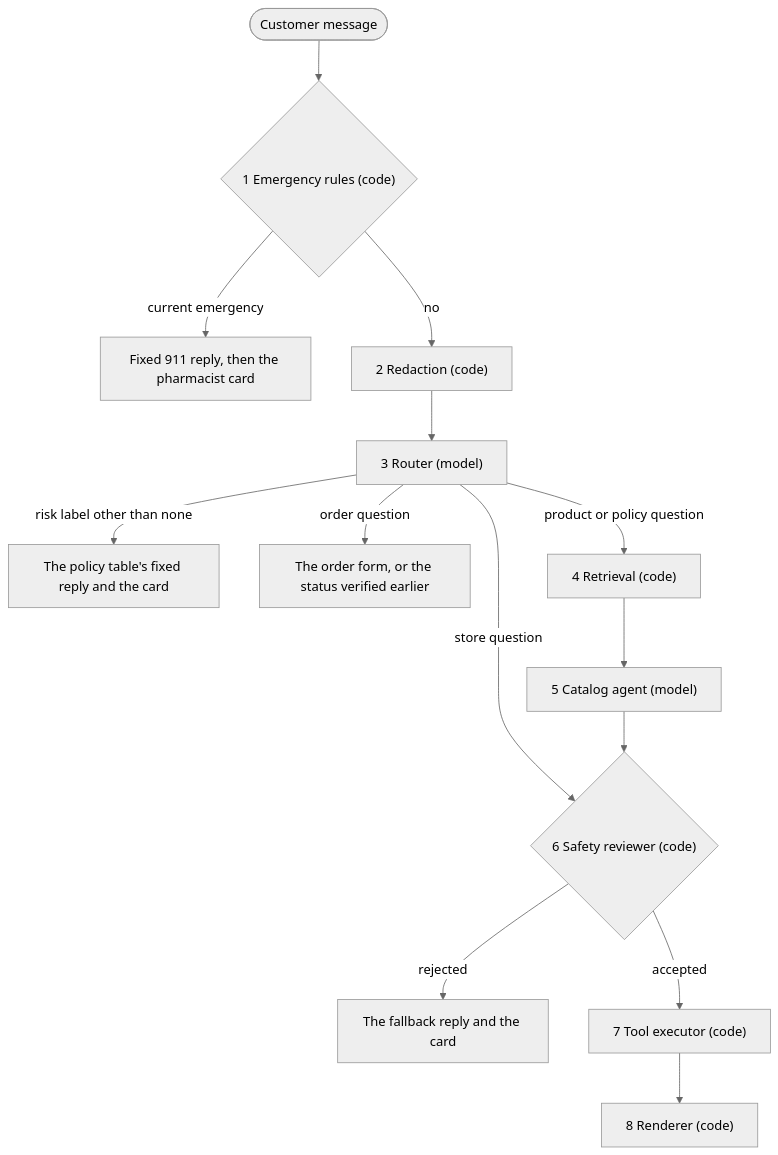
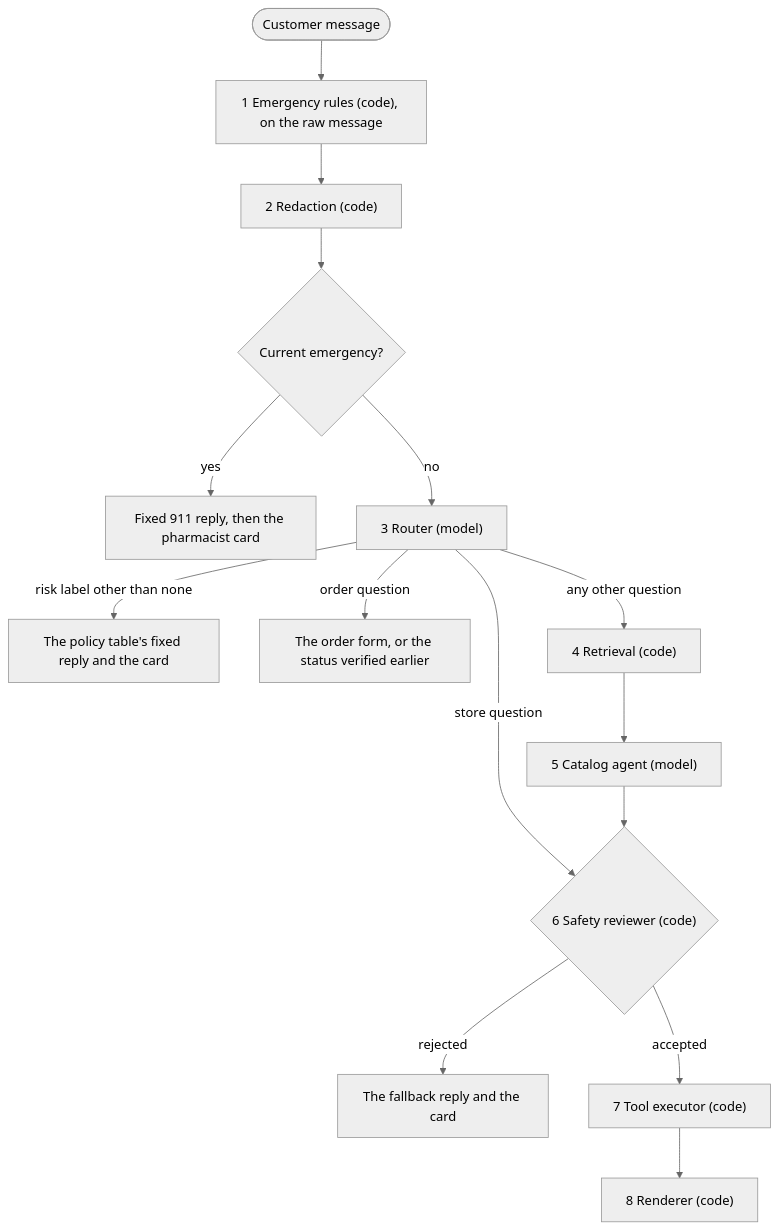
Before and after one commit to azharyy/meridianPharmacyassistant: the diagram in README.md, drawn with Mermaid (neutral theme). The commit also changed other lines of this file and 2 other files, not shown here.

First line of the commit message:
README matches the code, and the demo-video script stays local (issue 37) (#23)

````diff
--- a/README.md
+++ b/README.md
@@ -115,16 +136,17 @@
 ```mermaid
 flowchart TD
-    message([Customer message]) --> emergency{"1 Emergency rules (code)"}
-    emergency -- current emergency --> e911["Fixed 911 reply, then the pharmacist card"]
-    emergency -- no --> redact["2 Redaction (code)"]
-    redact --> router["3 Router (model)"]
+    message([Customer message]) --> emergency["1 Emergency rules (code), on the raw message"]
+    emergency --> redact["2 Redaction (code)"]
+    redact --> matched{"Current emergency?"}
+    matched -- yes --> e911["Fixed 911 reply, then the pharmacist card"]
+    matched -- no --> router["3 Router (model)"]
     router -- risk label other than none --> risk["The policy table's fixed reply and the card"]
     router -- order question --> order["The order form, or the status verified earlier"]
     router -- store question --> review
-    router -- product or policy question --> retrieve["4 Retrieval (code)"]
+    router -- any other question --> retrieve["4 Retrieval (code)"]
     retrieve --> agent["5 Catalog agent (model)"]
     agent --> review{"6 Safety reviewer (code)"}
     review -- rejected --> fallback["The fallback reply and the card"]
     review -- accepted --> tools["7 Tool executor (code)"]
     tools --> render["8 Renderer (code)"]
 ```
````
